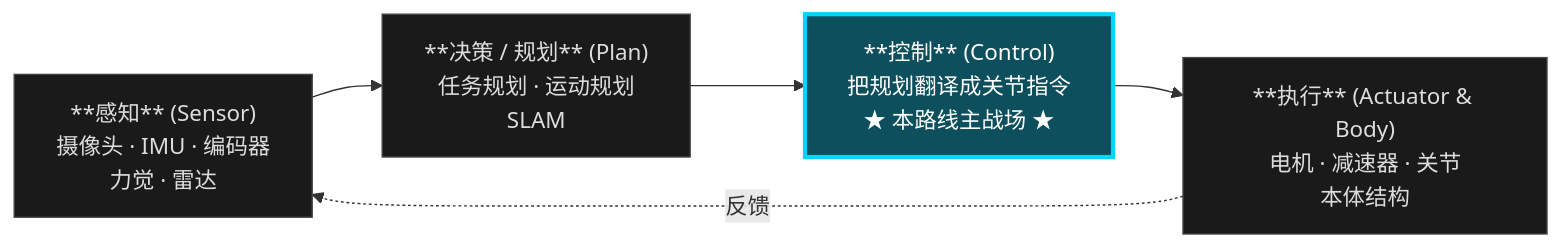
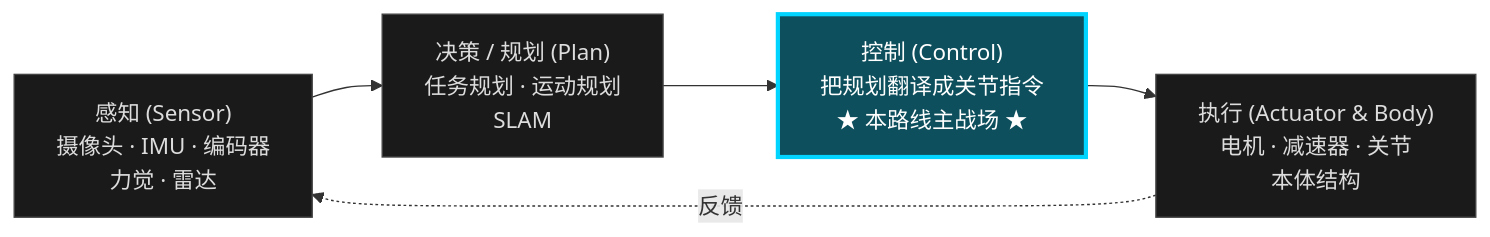
The first of 2 diagrams in roadmap/motion-control.md (ImChong/Robotics_Notebooks), drawn with Mermaid before and after one commit. The commit also changed 5 other files, not shown here.

First line of the commit message:
fix(docs): PC 端路线目录可滚动并修正路线图 Mermaid 节点文案

````diff
--- a/roadmap/motion-control.md
+++ b/roadmap/motion-control.md
@@ -34,15 +34,15 @@
 ```mermaid
 flowchart LR
-  Sensor["**感知** (Sensor)<br/>摄像头 · IMU · 编码器<br/>力觉 · 雷达"]
-  Plan["**决策 / 规划** (Plan)<br/>任务规划 · 运动规划<br/>SLAM"]
-  Control["**控制** (Control)<br/>把规划翻译成关节指令<br/>★ 本路线主战场 ★"]
-  Body["**执行** (Actuator & Body)<br/>电机 · 减速器 · 关节<br/>本体结构"]
+  Sensor["感知 (Sensor)<br/>摄像头 · IMU · 编码器<br/>力觉 · 雷达"]
+  Plan["决策 / 规划 (Plan)<br/>任务规划 · 运动规划<br/>SLAM"]
+  Control["控制 (Control)<br/>把规划翻译成关节指令<br/>★ 本路线主战场 ★"]
+  Body["执行 (Actuator & Body)<br/>电机 · 减速器 · 关节<br/>本体结构"]
 
   Sensor --> Plan --> Control --> Body
   Body -. 反馈 .-> Sensor
 
   classDef mainFocus fill:#0d4f5c,stroke:#00d4ff,stroke-width:3px,color:#fff
   classDef other fill:#1a1a1a,stroke:#444,color:#ddd
   class Control mainFocus
   class Sensor,Plan,Body other
 ```
````
